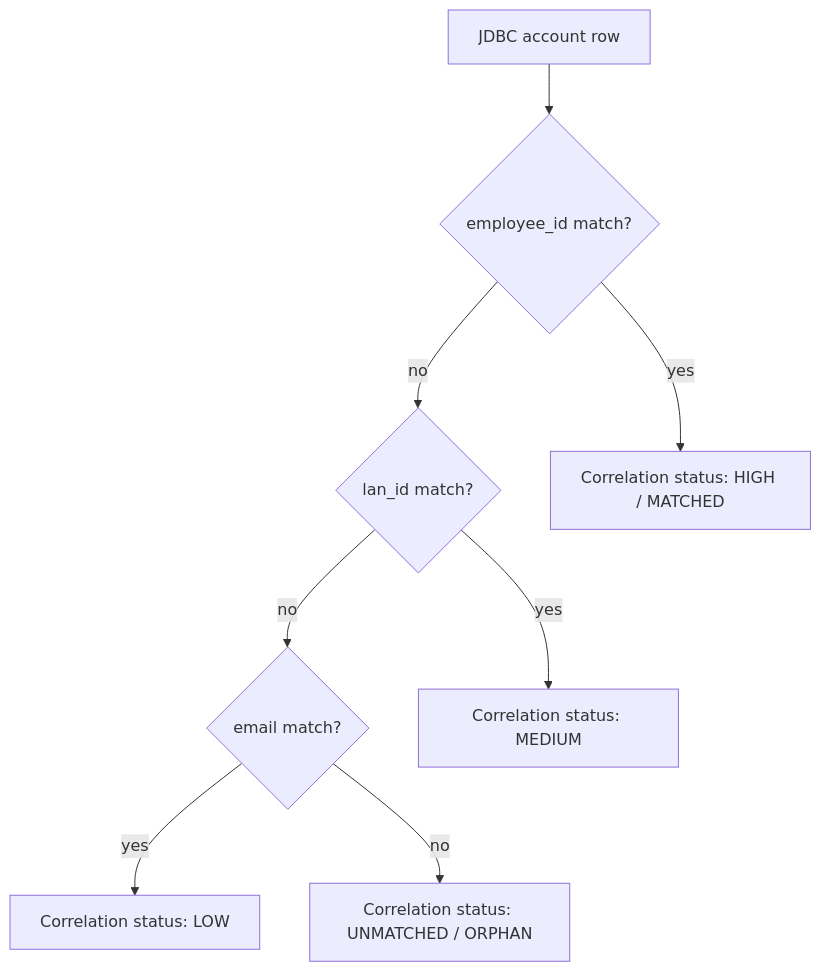
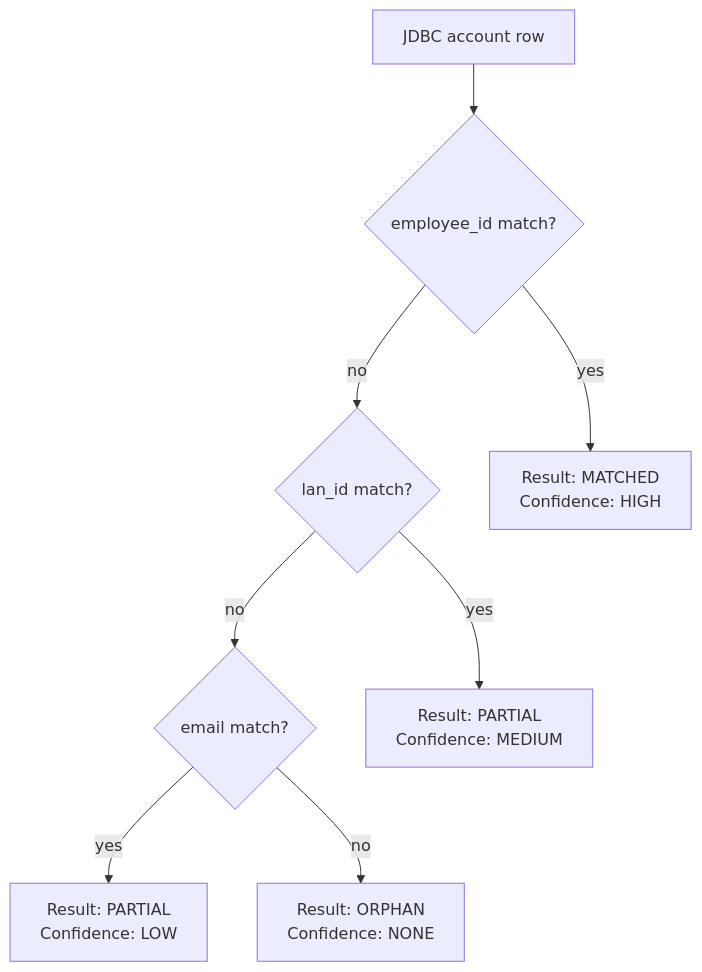
One commit to i-m-rish/luffy changed the sixth of 8 diagrams in apps/jdbc-target/docs/diagrams.md. Above: the diagram before and after it, drawn with Mermaid. The commit also changed other lines of this file, not shown here.

Commit message:
Update JDBC diagrams with IGA normalized data flow

````diff
--- a/apps/jdbc-target/docs/diagrams.md
+++ b/apps/jdbc-target/docs/diagrams.md
@@ -141,19 +140,19 @@
 ```mermaid
 flowchart TD
     ACCOUNT[JDBC account row]
     EMP{employee_id match?}
     LAN{lan_id match?}
     EMAIL{email match?}
-    MATCHED[Correlation status: HIGH / MATCHED]
-    MEDIUM[Correlation status: MEDIUM]
-    LOW[Correlation status: LOW]
-    ORPHAN[Correlation status: UNMATCHED / ORPHAN]
+    MATCHED[Result: MATCHED<br/>Confidence: HIGH]
+    PARTIAL_LAN[Result: PARTIAL<br/>Confidence: MEDIUM]
+    PARTIAL_EMAIL[Result: PARTIAL<br/>Confidence: LOW]
+    ORPHAN[Result: ORPHAN<br/>Confidence: NONE]
 
     ACCOUNT --> EMP
     EMP -->|yes| MATCHED
     EMP -->|no| LAN
-    LAN -->|yes| MEDIUM
+    LAN -->|yes| PARTIAL_LAN
     LAN -->|no| EMAIL
-    EMAIL -->|yes| LOW
+    EMAIL -->|yes| PARTIAL_EMAIL
     EMAIL -->|no| ORPHAN
 ```
````
